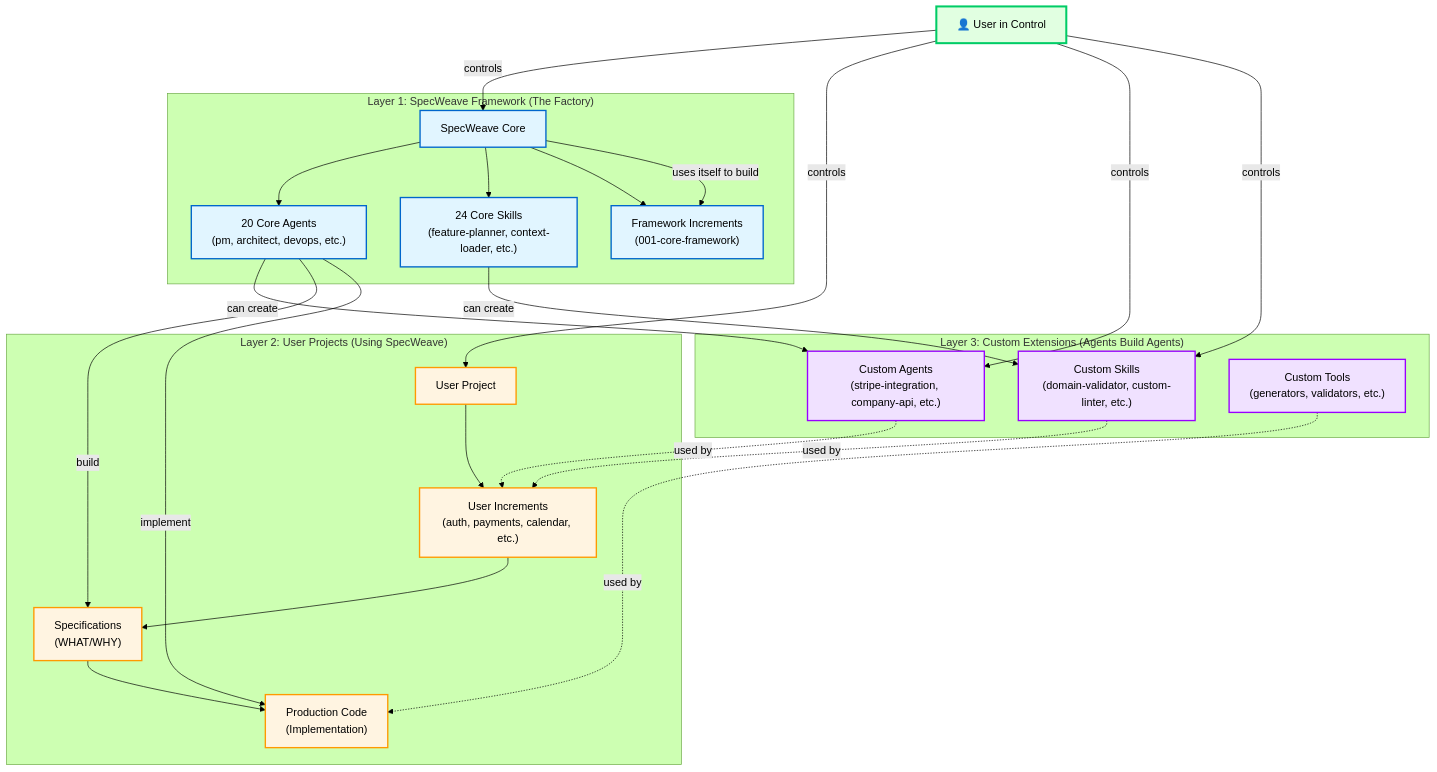
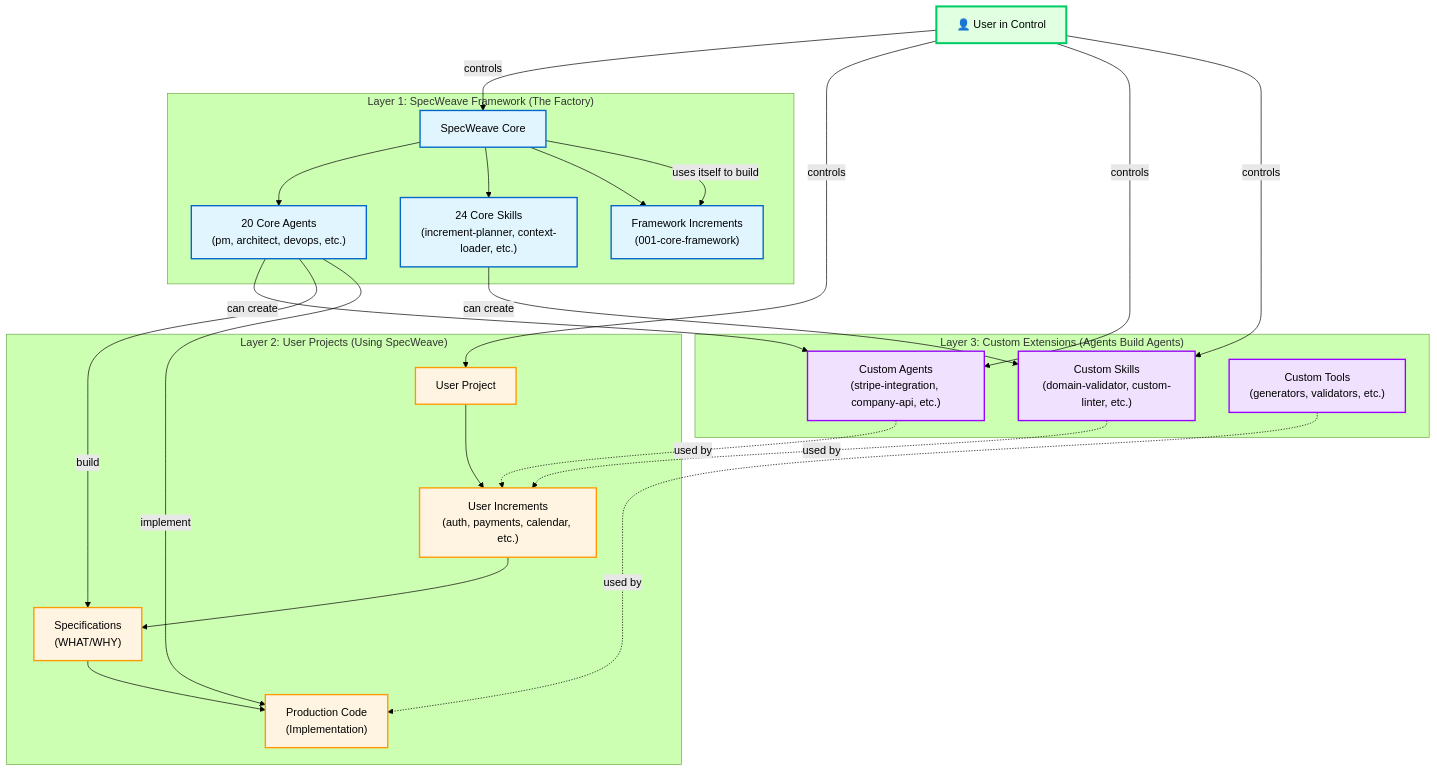
Before and after one commit to anton-abyzov/specweave: the diagram in .specweave/docs/internal/architecture/diagrams/meta-capability.mmd, drawn with Mermaid (forest theme). The commit also changed 104 other files, not shown here.

```diff
--- a/.specweave/docs/internal/architecture/diagrams/meta-capability.mmd
+++ b/.specweave/docs/internal/architecture/diagrams/meta-capability.mmd
@@ -1,57 +1,57 @@
 graph TB
     subgraph "Layer 1: SpecWeave Framework (The Factory)"
         SW[SpecWeave Core]
         SW_Agents["20 Core Agents<br/>(pm, architect, devops, etc.)"]
-        SW_Skills["24 Core Skills<br/>(feature-planner, context-loader, etc.)"]
+        SW_Skills["24 Core Skills<br/>(increment-planner, context-loader, etc.)"]
         SW_Increments["Framework Increments<br/>(001-core-framework)"]
 
         SW --> SW_Agents
         SW --> SW_Skills
         SW --> SW_Increments
     end
 
     subgraph "Layer 2: User Projects (Using SpecWeave)"
         UP[User Project]
         UP_Increments["User Increments<br/>(auth, payments, calendar, etc.)"]
         UP_Specs["Specifications<br/>(WHAT/WHY)"]
         UP_Code["Production Code<br/>(Implementation)"]
 
         UP --> UP_Increments
         UP_Increments --> UP_Specs
         UP_Specs --> UP_Code
     end
 
     subgraph "Layer 3: Custom Extensions (Agents Build Agents)"
         Custom_Agents["Custom Agents<br/>(stripe-integration, company-api, etc.)"]
         Custom_Skills["Custom Skills<br/>(domain-validator, custom-linter, etc.)"]
         Custom_Tools["Custom Tools<br/>(generators, validators, etc.)"]
 
         Custom_Agents -.->|"used by"| UP_Increments
         Custom_Skills -.->|"used by"| UP_Increments
         Custom_Tools -.->|"used by"| UP_Code
     end
 
     %% Meta-capability arrows (the recursive magic)
     SW_Agents -->|"can create"| Custom_Agents
     SW_Skills -->|"can create"| Custom_Skills
     SW_Agents -->|"build"| UP_Specs
     SW_Agents -->|"implement"| UP_Code
     SW -->|"uses itself to build"| SW_Increments
 
     %% User control
     User[👤 User in Control]
     User -->|"controls"| SW
     User -->|"controls"| UP
     User -->|"controls"| Custom_Agents
     User -->|"controls"| Custom_Skills
 
     %% Styling
     classDef framework fill:#e1f5ff,stroke:#0066cc,stroke-width:2px
     classDef userProject fill:#fff4e1,stroke:#ff9900,stroke-width:2px
     classDef custom fill:#f0e1ff,stroke:#9900ff,stroke-width:2px
     classDef meta fill:#e1ffe1,stroke:#00cc66,stroke-width:3px
 
     class SW,SW_Agents,SW_Skills,SW_Increments framework
     class UP,UP_Increments,UP_Specs,UP_Code userProject
     class Custom_Agents,Custom_Skills,Custom_Tools custom
     class User meta
```
